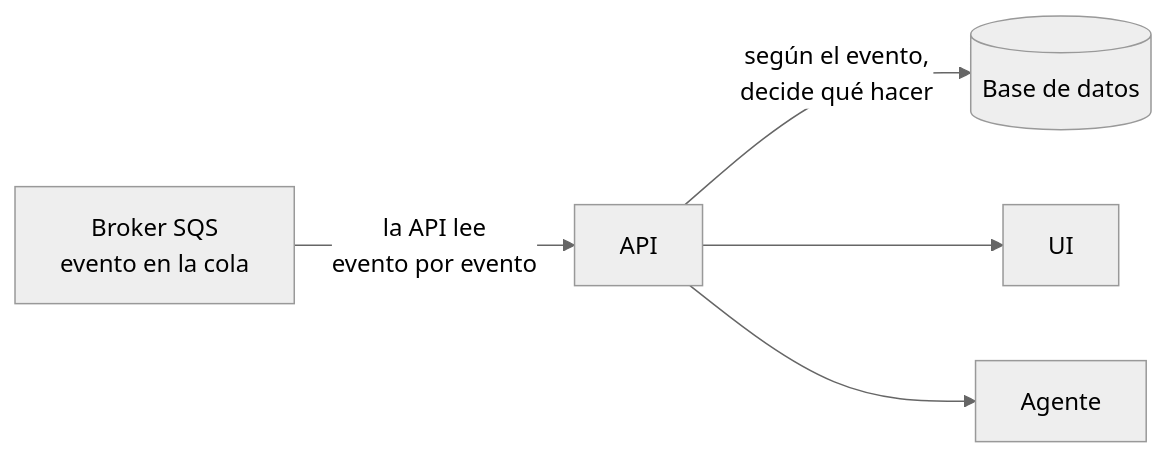
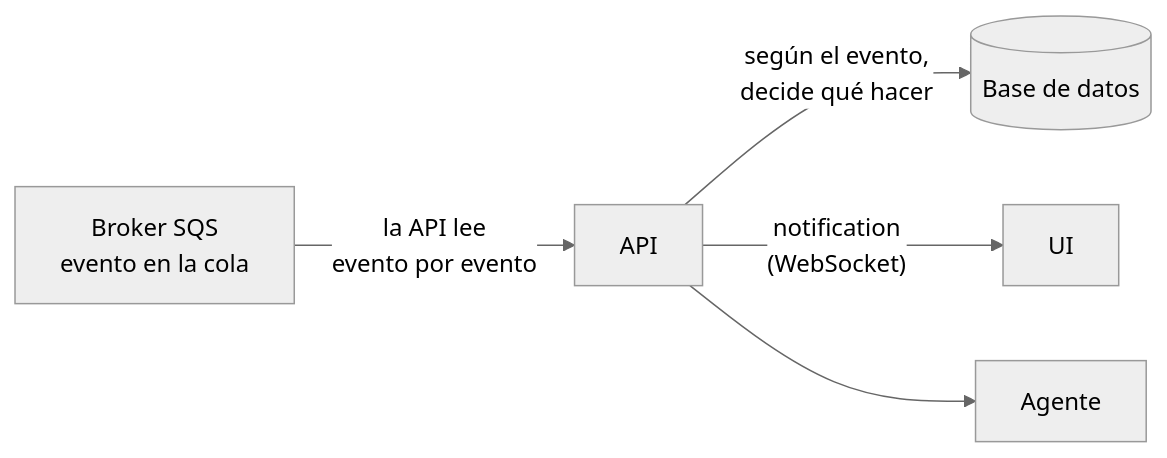
The first of 3 diagrams in README.md (AgustinReyesC/hack-saltillo-api), drawn with Mermaid (neutral theme) before and after one commit. The commit also changed other lines of this file and 68 other files, not shown here.

First line of the commit message:
feat: add RealtimeGateway for WebSocket notifications and implement WorkOrders module

````diff
--- a/README.md
+++ b/README.md
@@ -126,7 +127,7 @@
 ```mermaid
 flowchart LR
     B["Broker SQS<br/>evento en la cola"] -->|"la API lee<br/>evento por evento"| A["API"]
     A -->|"según el evento,<br/>decide qué hacer"| D[("Base de datos")]
-    A --> U["UI"]
+    A -->|"notification<br/>(WebSocket)"| U["UI"]
     A --> G["Agente"]
 ```
````
